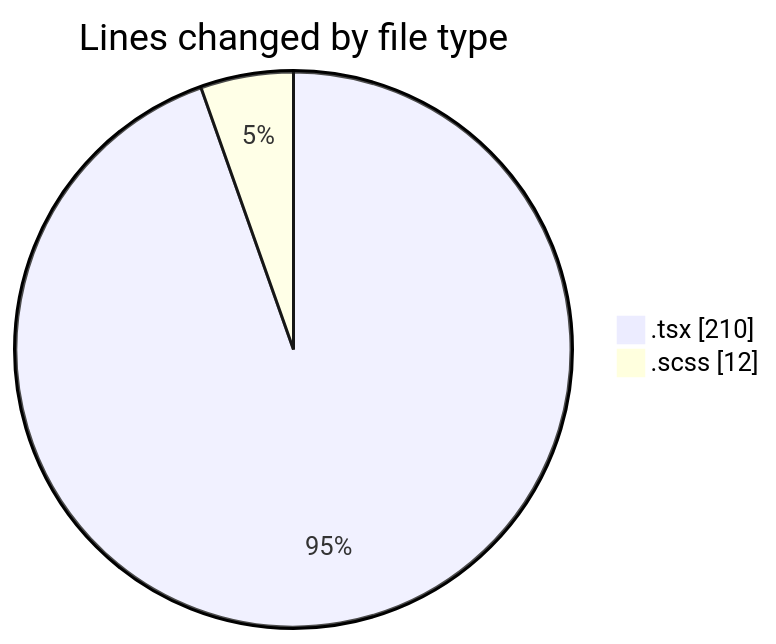
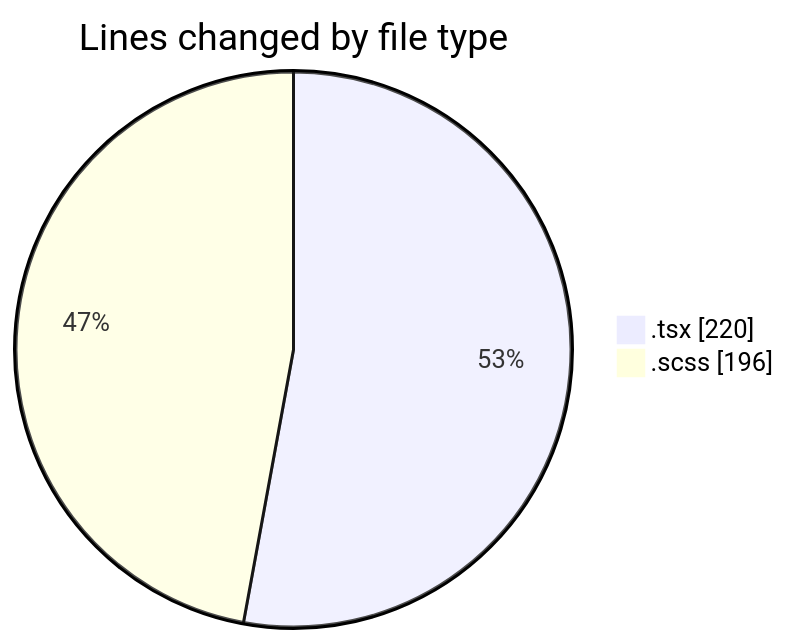
Before and after one commit to momahboobian/code-tracking: the first of 2 diagrams in 2026-06-17/cda/README.md, drawn with Mermaid. The commit also changed other lines of this file and 1 other file, not shown here.

````diff
--- a/2026-06-17/cda/README.md
+++ b/2026-06-17/cda/README.md
@@ -24,6 +26,6 @@
 ```mermaid
 pie showData
 title Lines changed by file type
-".tsx" : 210
-".scss" : 12
+".tsx" : 220
+".scss" : 196
 ```
````
